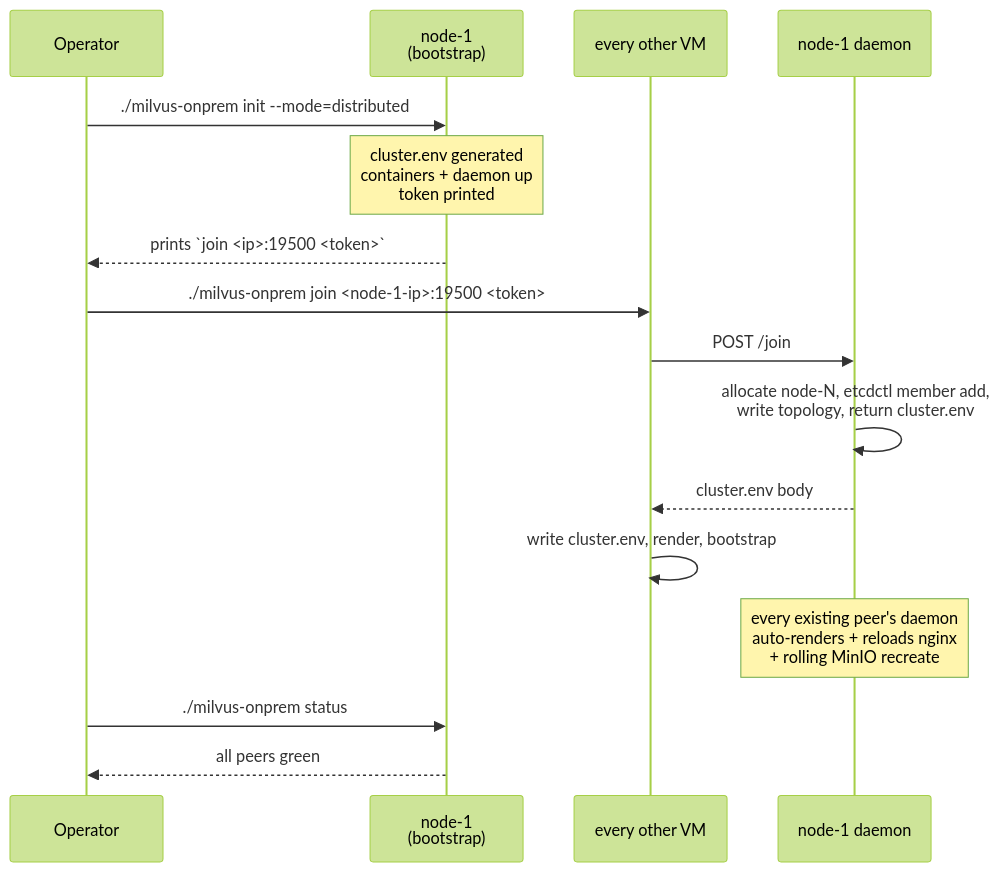
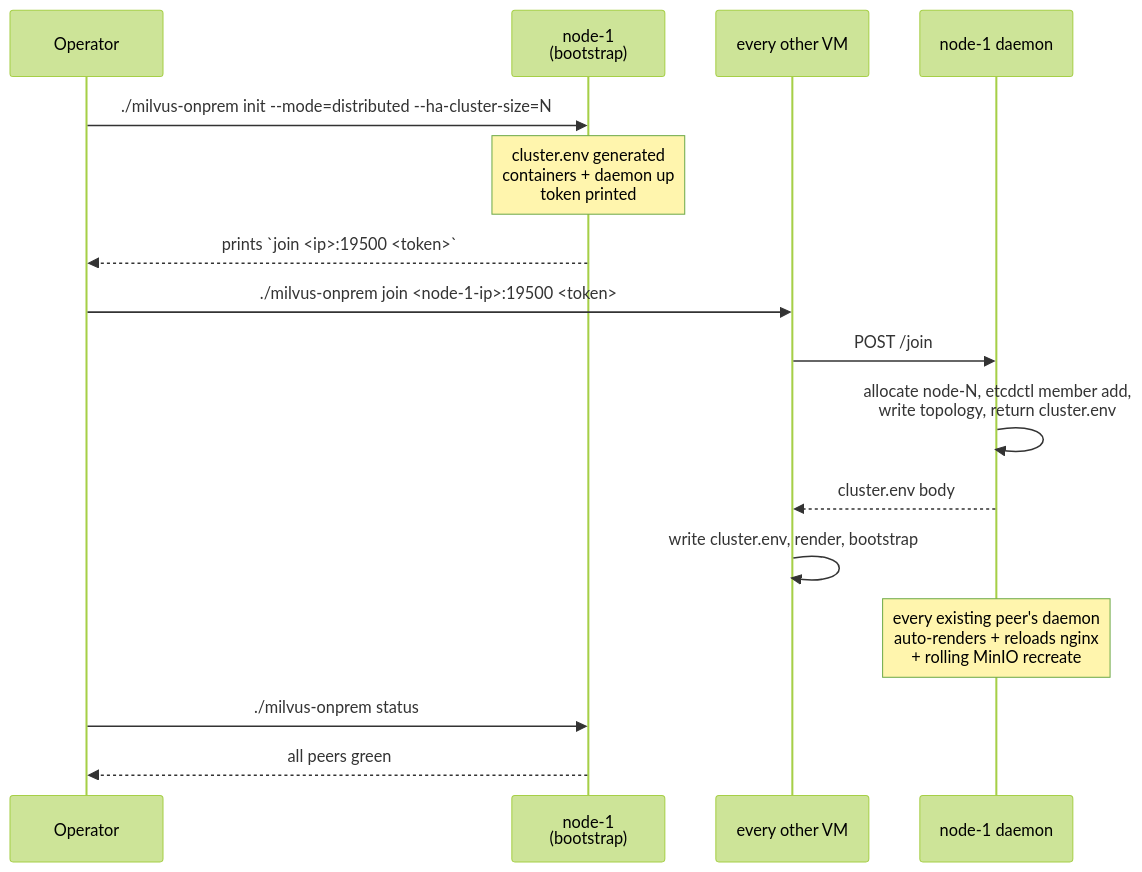
The diagram in docs/DEPLOYMENT.md (codeadeel/milvus-onprem), drawn with Mermaid (forest theme) before and after one commit. The commit also changed other lines of this file and 7 other files, not shown here.

First line of the commit message:
docs: thread --ha-cluster-size=N through every distributed-init example

````diff
--- a/docs/DEPLOYMENT.md
+++ b/docs/DEPLOYMENT.md
@@ -67,22 +67,22 @@
 ```mermaid
 sequenceDiagram
   participant Op as Operator
   participant N1 as node-1<br/>(bootstrap)
   participant Nx as every other VM
   participant D1 as node-1 daemon
 
-  Op->>N1: ./milvus-onprem init --mode=distributed
+  Op->>N1: ./milvus-onprem init --mode=distributed --ha-cluster-size=N
   Note over N1: cluster.env generated<br/>containers + daemon up<br/>token printed
   N1-->>Op: prints `join <ip>:19500 <token>`
 
   Op->>Nx: ./milvus-onprem join <node-1-ip>:19500 <token>
   Nx->>D1: POST /join
   D1->>D1: allocate node-N, etcdctl member add,<br/>write topology, return cluster.env
   D1-->>Nx: cluster.env body
   Nx->>Nx: write cluster.env, render, bootstrap
 
   Note over D1: every existing peer's daemon<br/>auto-renders + reloads nginx<br/>+ rolling MinIO recreate
 
   Op->>N1: ./milvus-onprem status
   N1-->>Op: all peers green
 ```
````
